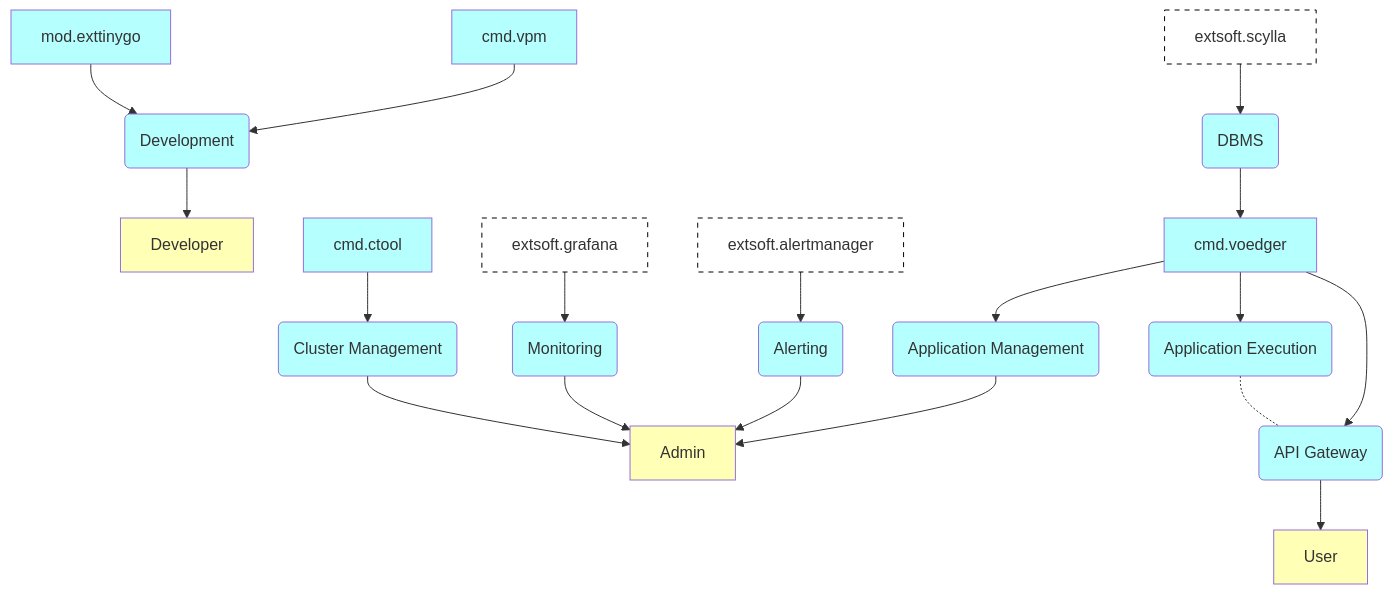
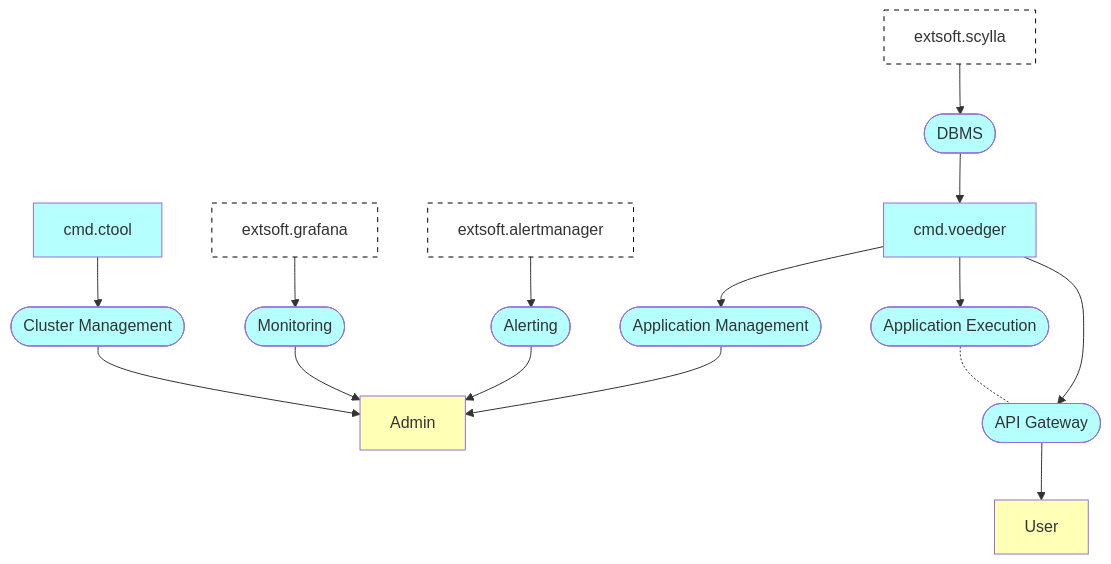
One commit to voedger/voedger changed the second of 14 diagrams in design/README.md. Above: the diagram before and after it, drawn with Mermaid. The commit also changed other lines of this file and 3 other files, not shown here.

````diff
--- a/design/README.md
+++ b/design/README.md
@@ -76,60 +48,50 @@
 ```mermaid
   graph TD
 
   %% Entities ====================
 
   Admin[Admin]:::B
-  Developer[Developer]:::B
   User[User]:::B
 
-  mod.exttinygo:::S
-  cmd.vpm:::S
   cmd.voedger:::S
   cmd.ctool:::S  
   grafana[extsoft.grafana]:::G
   alertmanager[extsoft.alertmanager]:::G
   scylla[extsoft.scylla]:::G
 
-  DBMS(DBMS):::S
-  Development(Development):::S
-
-  ClusterMgmt(Cluster Management):::S
-  AppMgmt(Application Management):::S
-  Monitoring(Monitoring):::S
-  Alerting(Alerting):::S
-  RunApp(Application Execution):::S
-  APIGateway(API Gateway):::S
+  DBMS([DBMS]):::S
+  
+  ClusterMgmt([Cluster Management]):::S
+  Monitoring([Monitoring]):::S
+  Alerting([Alerting]):::S
+  AppMgmt([Application Management]):::S  
+  RunApp([Application Execution]):::S
+  APIGateway([API Gateway]):::S
 
   %% Relations ====================
 
   scylla --> DBMS
   DBMS --> cmd.voedger
 
-  mod.exttinygo --> Development
-  cmd.vpm --> Development
-  Development --> Developer
-
   cmd.ctool --> ClusterMgmt
   ClusterMgmt --> Admin
-
 
   grafana --> Monitoring
   alertmanager --> Alerting
   Monitoring --> Admin
   Alerting --> Admin
 
   cmd.voedger --> AppMgmt
   AppMgmt --> Admin
 
   cmd.voedger --> RunApp
   RunApp -.- APIGateway
 
   cmd.voedger --> APIGateway
   APIGateway --> User
 
-
   classDef B fill:#FFFFB5
   classDef S fill:#B5FFFF
   classDef H fill:#C9E7B7
   classDef G fill:#FFFFFF,stroke:#000000, stroke-width:1px, stroke-dasharray: 5 5
 ```
````
